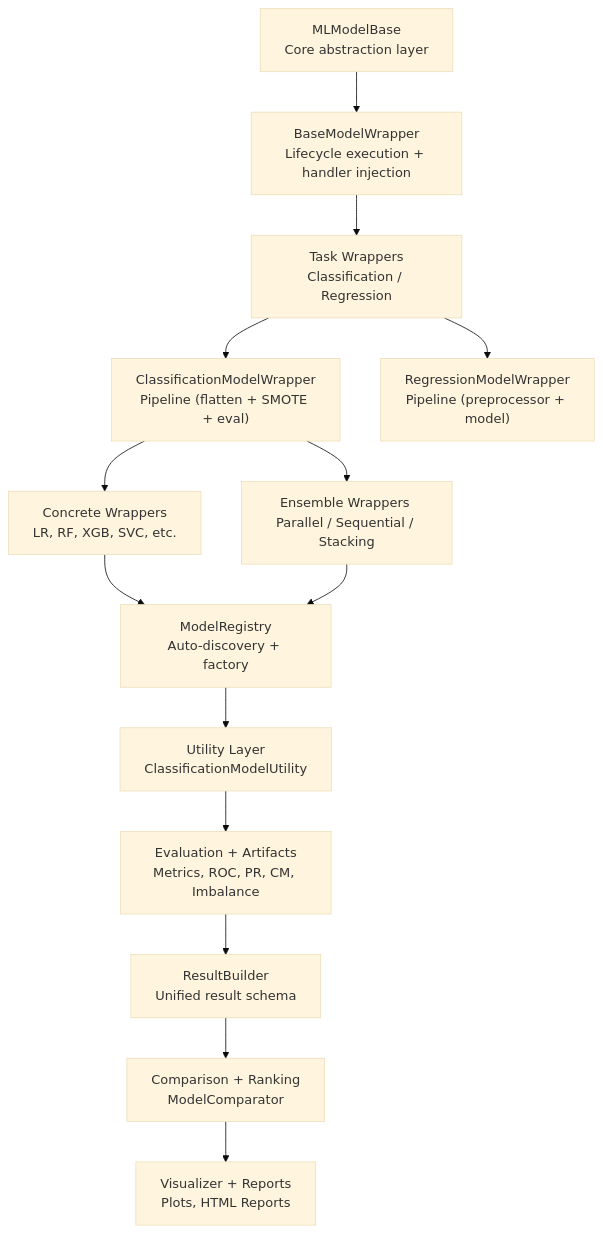
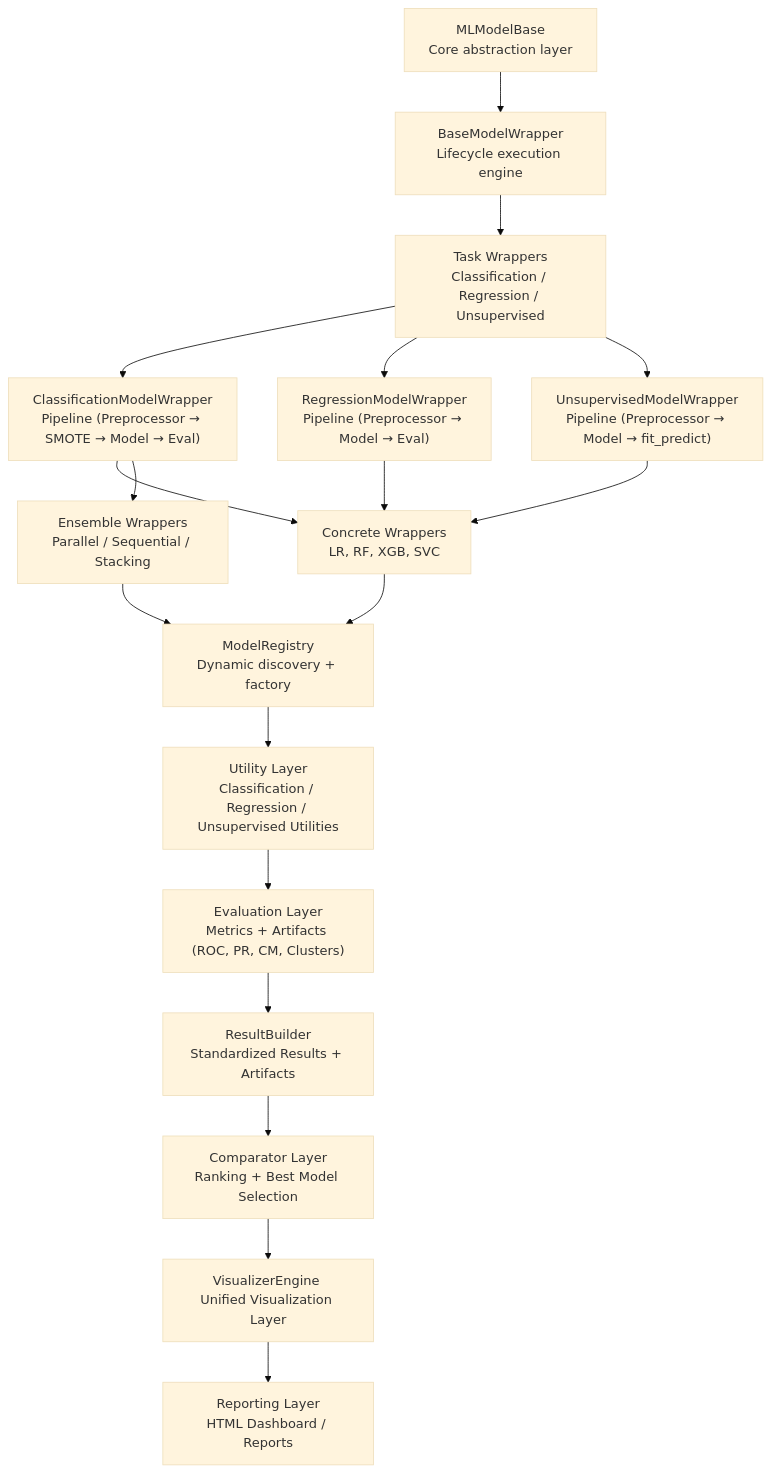
One commit to abhinavssingh/python-learnings changed the first of 6 diagrams in lib/utility/machinelearning/README.md. Above: the diagram before and after it, drawn with Mermaid (base theme). The commit also changed other lines of this file and 41 other files, not shown here.

Commit message:
refactoring of evaluation and visualization

````diff
--- a/lib/utility/machinelearning/README.md
+++ b/lib/utility/machinelearning/README.md
@@ -24,28 +25,32 @@
 ```mermaid
 flowchart TD
 
-    A["MLModelBase<br/>Core abstraction layer"] --> B["BaseModelWrapper<br/>Lifecycle execution + handler injection"]
+    A["MLModelBase<br/>Core abstraction layer"] --> B["BaseModelWrapper<br/>Lifecycle execution engine"]
 
-    B --> C["Task Wrappers<br/>Classification / Regression"]
+    B --> C["Task Wrappers<br/>Classification / Regression / Unsupervised"]
 
-    C --> C1["ClassificationModelWrapper<br/>Pipeline (flatten + SMOTE + eval)"]
-    C --> C2["RegressionModelWrapper<br/>Pipeline (preprocessor + model)"]
+    C --> C1["ClassificationModelWrapper<br/>Pipeline (Preprocessor → SMOTE → Model → Eval)"]
+    C --> C2["RegressionModelWrapper<br/>Pipeline (Preprocessor → Model → Eval)"]
+    C --> C3["UnsupervisedModelWrapper<br/>Pipeline (Preprocessor → Model → fit_predict)"]
 
-    C1 --> D["Concrete Wrappers<br/>LR, RF, XGB, SVC, etc."]
+    C1 --> D["Concrete Wrappers<br/>LR, RF, XGB, SVC"]
+    C2 --> D
+    C3 --> D
 
-    C1 --> E["Ensemble Wrappers <br/>Parallel / Sequential / Stacking"]
+    C1 --> E["Ensemble Wrappers<br/>Parallel / Sequential / Stacking"]
 
-    D --> F["ModelRegistry<br/>Auto-discovery + factory"]
-
+    D --> F["ModelRegistry<br/>Dynamic discovery + factory"]
     E --> F
 
-    F --> G["Utility Layer<br/>ClassificationModelUtility"]
+    F --> G["Utility Layer<br/>Classification / Regression / Unsupervised Utilities"]
 
-    G --> H["Evaluation + Artifacts<br/>Metrics, ROC, PR, CM, Imbalance"]
+    G --> H["Evaluation Layer<br/>Metrics + Artifacts (ROC, PR, CM, Clusters)"]
 
-    H --> I["ResultBuilder <br/>Unified result schema"]
+    H --> I["ResultBuilder<br/>Standardized Results + Artifacts"]
 
-    I --> J["Comparison + Ranking<br/>ModelComparator"]
+    I --> J["Comparator Layer<br/>Ranking + Best Model Selection"]
 
-    J --> K["Visualizer + Reports<br/>Plots, HTML Reports"]
+    J --> K["VisualizerEngine <br/>Unified Visualization Layer"]
+
+    K --> L["Reporting Layer<br/>HTML Dashboard / Reports"]
 ```
````
